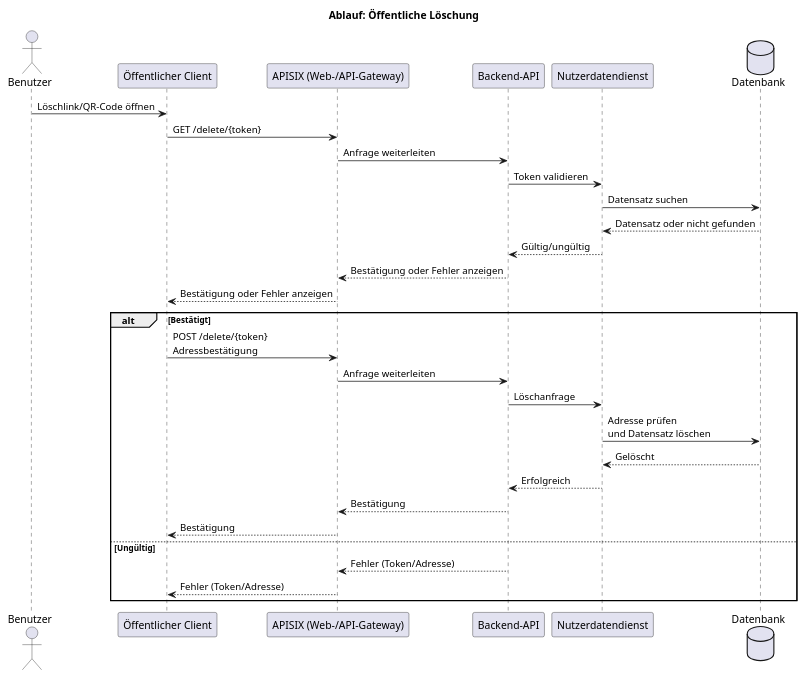
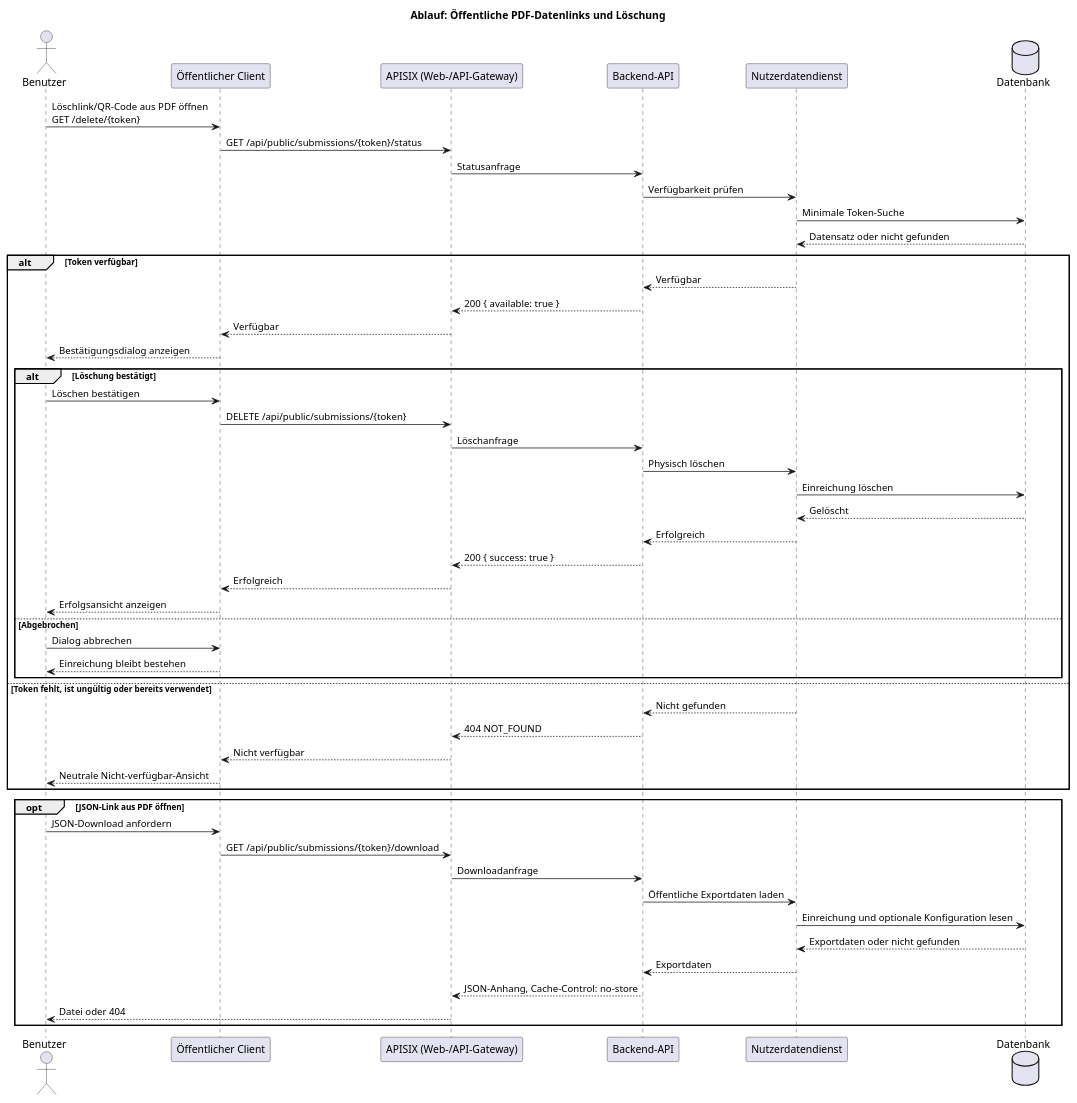
Before and after one commit to csi-FOXBYTE/Regensburg_DigitalerEnergieZwilling_Backend: the diagram in docs/architecture/raw/runtime-flow-delete.puml, drawn with PlantUML. The commit also changed 11 other files, not shown here.

```diff
--- a/docs/architecture/raw/runtime-flow-delete.puml
+++ b/docs/architecture/raw/runtime-flow-delete.puml
@@ -1,35 +1,57 @@
 @startuml
-title Ablauf: Öffentliche Löschung
+title Ablauf: Öffentliche PDF-Datenlinks und Löschung
 
 actor Benutzer
 participant "Öffentlicher Client" as client
 participant "APISIX (Web-/API-Gateway)" as gateway
 participant "Backend-API" as api
 participant "Nutzerdatendienst" as uds
 database "Datenbank" as db
 
-Benutzer -> client : Löschlink/QR-Code öffnen
-client -> gateway : GET /delete/{token}
-gateway -> api : Anfrage weiterleiten
-api -> uds : Token validieren
-uds -> db : Datensatz suchen
+Benutzer -> client : Löschlink/QR-Code aus PDF öffnen\nGET /delete/{token}
+client -> gateway : GET /api/public/submissions/{token}/status
+gateway -> api : Statusanfrage
+api -> uds : Verfügbarkeit prüfen
+uds -> db : Minimale Token-Suche
 db --> uds : Datensatz oder nicht gefunden
-uds --> api : Gültig/ungültig
-api --> gateway : Bestätigung oder Fehler anzeigen
-gateway --> client : Bestätigung oder Fehler anzeigen
 
-alt Bestätigt
-  client -> gateway : POST /delete/{token}\nAdressbestätigung
-  gateway -> api : Anfrage weiterleiten
-  api -> uds : Löschanfrage
-  uds -> db : Adresse prüfen\nund Datensatz löschen
-  db --> uds : Gelöscht
-  uds --> api : Erfolgreich
-  api --> gateway : Bestätigung
-  gateway --> client : Bestätigung
-else Ungültig
-  api --> gateway : Fehler (Token/Adresse)
-  gateway --> client : Fehler (Token/Adresse)
+alt Token verfügbar
+  uds --> api : Verfügbar
+  api --> gateway : 200 { available: true }
+  gateway --> client : Verfügbar
+  client --> Benutzer : Bestätigungsdialog anzeigen
+  alt Löschung bestätigt
+    Benutzer -> client : Löschen bestätigen
+    client -> gateway : DELETE /api/public/submissions/{token}
+    gateway -> api : Löschanfrage
+    api -> uds : Physisch löschen
+    uds -> db : Einreichung löschen
+    db --> uds : Gelöscht
+    uds --> api : Erfolgreich
+    api --> gateway : 200 { success: true }
+    gateway --> client : Erfolgreich
+    client --> Benutzer : Erfolgsansicht anzeigen
+  else Abgebrochen
+    Benutzer -> client : Dialog abbrechen
+    client --> Benutzer : Einreichung bleibt bestehen
+  end
+else Token fehlt, ist ungültig oder bereits verwendet
+  uds --> api : Nicht gefunden
+  api --> gateway : 404 NOT_FOUND
+  gateway --> client : Nicht verfügbar
+  client --> Benutzer : Neutrale Nicht-verfügbar-Ansicht
+end
+
+opt JSON-Link aus PDF öffnen
+  Benutzer -> client : JSON-Download anfordern
+  client -> gateway : GET /api/public/submissions/{token}/download
+  gateway -> api : Downloadanfrage
+  api -> uds : Öffentliche Exportdaten laden
+  uds -> db : Einreichung und optionale Konfiguration lesen
+  db --> uds : Exportdaten oder nicht gefunden
+  uds --> api : Exportdaten
+  api --> gateway : JSON-Anhang, Cache-Control: no-store
+  gateway --> Benutzer : Datei oder 404
 end
 
 @enduml
```
